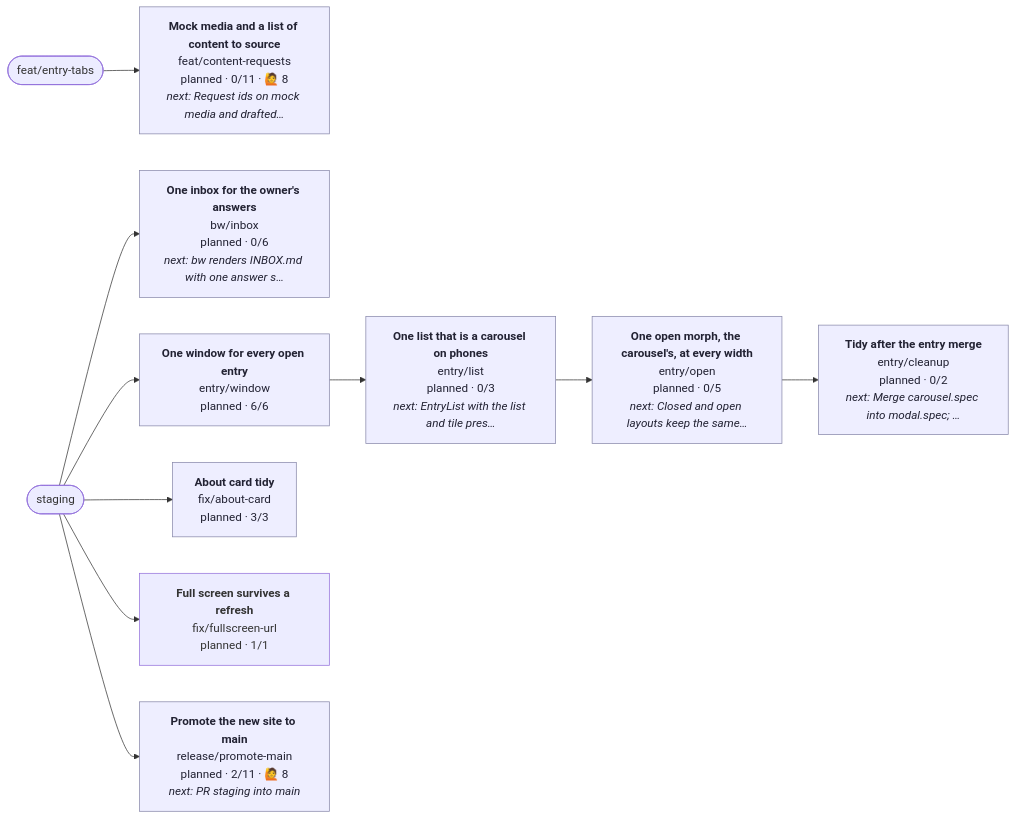
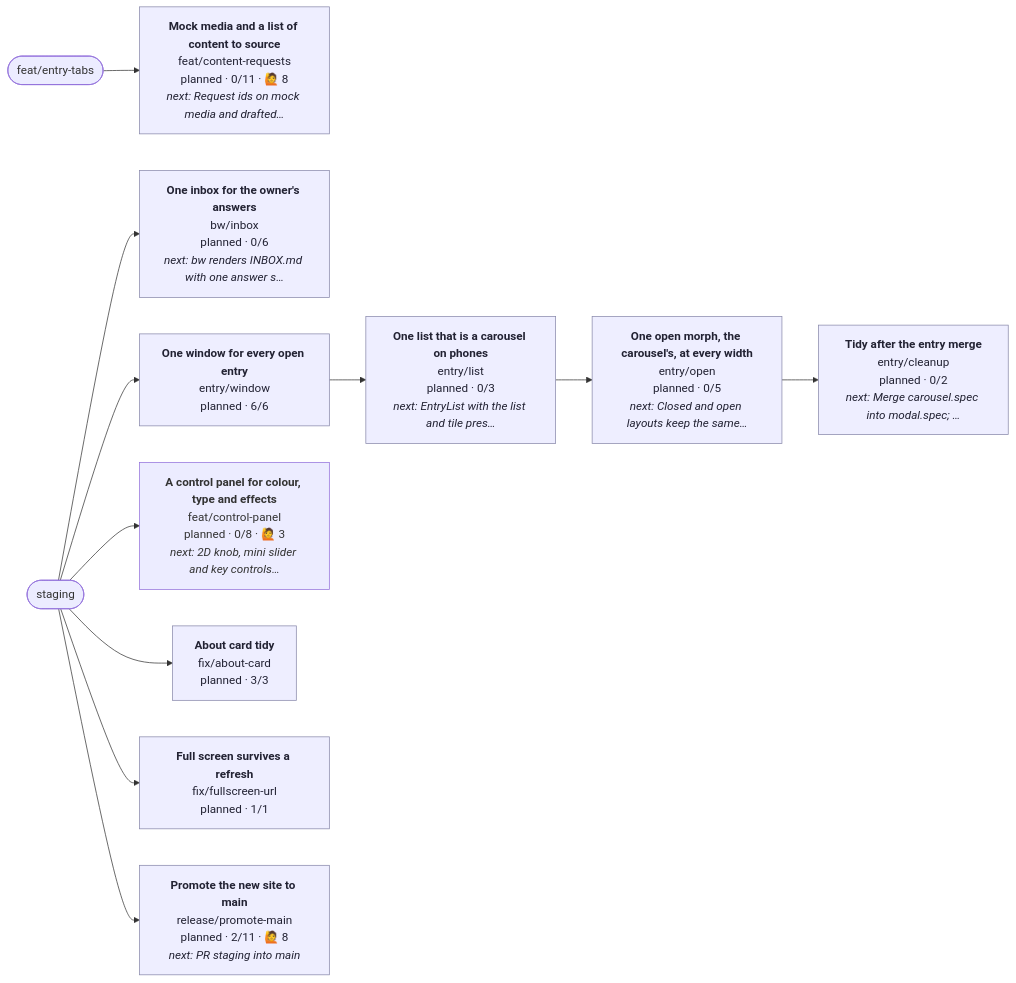
The diagram in CONTRIBUTING.md (henryjonescodes/portfolio), drawn with Mermaid before and after one commit. The commit also changed other lines of this file, not shown here.

````diff
--- a/CONTRIBUTING.md
+++ b/CONTRIBUTING.md
@@ -17,37 +17,40 @@
 ```mermaid
 flowchart LR
   n_staging([staging])
   n_feat_entry_tabs([feat/entry-tabs])
   n_bw_inbox["<b>One inbox for the owner's answers</b><br/>bw/inbox<br/>planned · 0/6<br/><i>next: bw renders INBOX.md with one answer s…</i>"]
   class n_bw_inbox planned
   n_staging --> n_bw_inbox
   n_entry_cleanup["<b>Tidy after the entry merge</b><br/>entry/cleanup<br/>planned · 0/2<br/><i>next: Merge carousel.spec into modal.spec; …</i>"]
   class n_entry_cleanup planned
   n_entry_open --> n_entry_cleanup
   n_entry_list["<b>One list that is a carousel on phones</b><br/>entry/list<br/>planned · 0/3<br/><i>next: EntryList with the list and tile pres…</i>"]
   class n_entry_list planned
   n_entry_window --> n_entry_list
   n_entry_open["<b>One open morph, the carousel's, at every width</b><br/>entry/open<br/>planned · 0/5<br/><i>next: Closed and open layouts keep the same…</i>"]
   class n_entry_open planned
   n_entry_list --> n_entry_open
   n_entry_window["<b>One window for every open entry</b><br/>entry/window<br/>planned · 6/6"]
   class n_entry_window planned
   n_staging --> n_entry_window
   n_feat_content_requests["<b>Mock media and a list of content to source</b><br/>feat/content-requests<br/>planned · 0/11 · 🙋 8<br/><i>next: Request ids on mock media and drafted…</i>"]
   class n_feat_content_requests planned
   n_feat_entry_tabs --> n_feat_content_requests
+  n_feat_control_panel["<b>A control panel for colour, type and effects</b><br/>feat/control-panel<br/>planned · 0/8 · 🙋 3<br/><i>next: 2D knob, mini slider and key controls…</i>"]
+  class n_feat_control_panel planned,current
+  n_staging --> n_feat_control_panel
   n_fix_about_card["<b>About card tidy</b><br/>fix/about-card<br/>planned · 3/3"]
   class n_fix_about_card planned
   n_staging --> n_fix_about_card
   n_fix_fullscreen_url["<b>Full screen survives a refresh</b><br/>fix/fullscreen-url<br/>planned · 1/1"]
-  class n_fix_fullscreen_url planned,current
+  class n_fix_fullscreen_url planned
   n_staging --> n_fix_fullscreen_url
   n_release_promote_main["<b>Promote the new site to main</b><br/>release/promote-main<br/>planned · 2/11 · 🙋 8<br/><i>next: PR staging into main</i>"]
   class n_release_promote_main planned
   n_staging --> n_release_promote_main
   classDef planned fill:#eef,stroke:#88a,color:#223
   classDef active fill:#dfd,stroke:#3a3,stroke-width:3px,color:#132
   classDef blocked fill:#fdd,stroke:#c33,color:#311
   classDef review fill:#ffd,stroke:#cc3,color:#331
   classDef current stroke:#06c,stroke-width:4px
 ```
````
